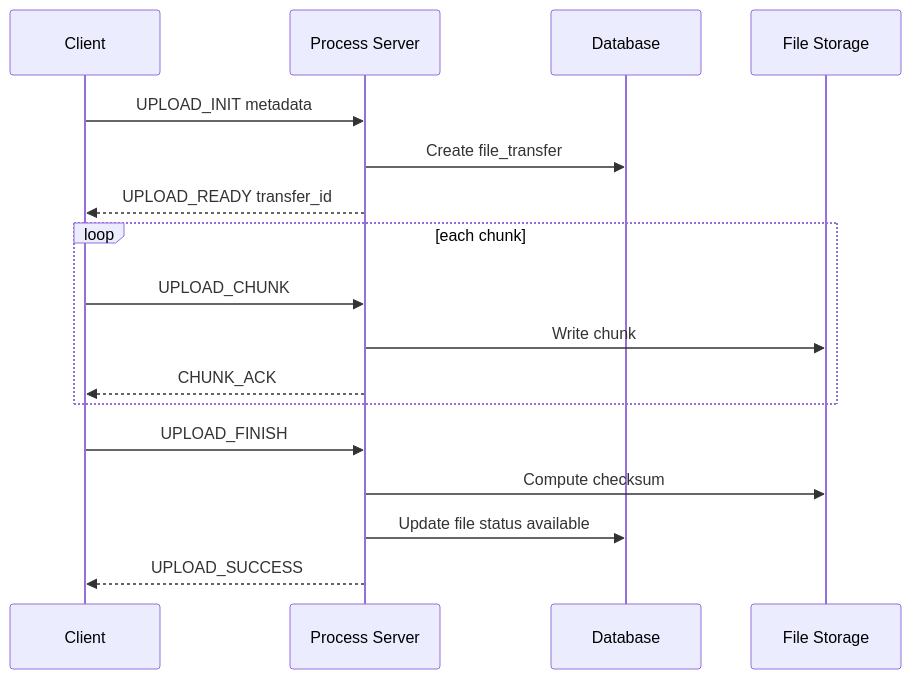
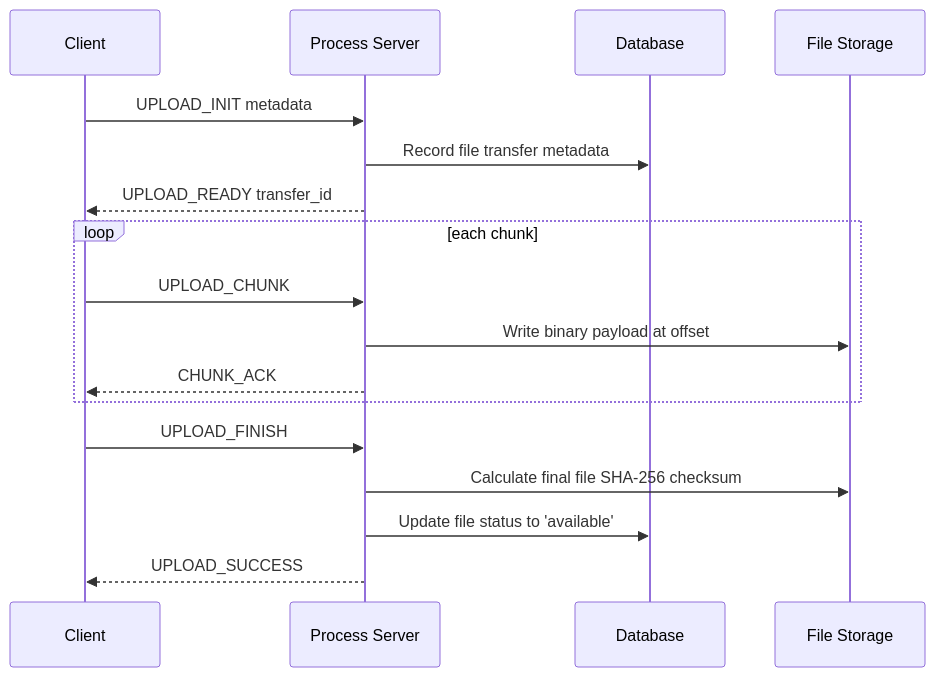
One commit to erlanggardr/netcourier changed the seventh of 7 diagrams in docs/ARCHITECTURE.md. Above: the diagram before and after it, drawn with Mermaid. The commit also changed other lines of this file and 13 other files, not shown here.

````diff
--- a/docs/ARCHITECTURE.md
+++ b/docs/ARCHITECTURE.md
@@ -334,20 +322,20 @@
 ```mermaid
 sequenceDiagram
     participant C as Client
     participant S as Process Server
     participant DB as Database
     participant FS as File Storage
 
     C->>S: UPLOAD_INIT metadata
-    S->>DB: Create file_transfer
+    S->>DB: Record file transfer metadata
     S-->>C: UPLOAD_READY transfer_id
     loop each chunk
         C->>S: UPLOAD_CHUNK
-        S->>FS: Write chunk
+        S->>FS: Write binary payload at offset
         S-->>C: CHUNK_ACK
     end
     C->>S: UPLOAD_FINISH
-    S->>FS: Compute checksum
-    S->>DB: Update file status available
+    S->>FS: Calculate final file SHA-256 checksum
+    S->>DB: Update file status to 'available'
     S-->>C: UPLOAD_SUCCESS
 ```
````
